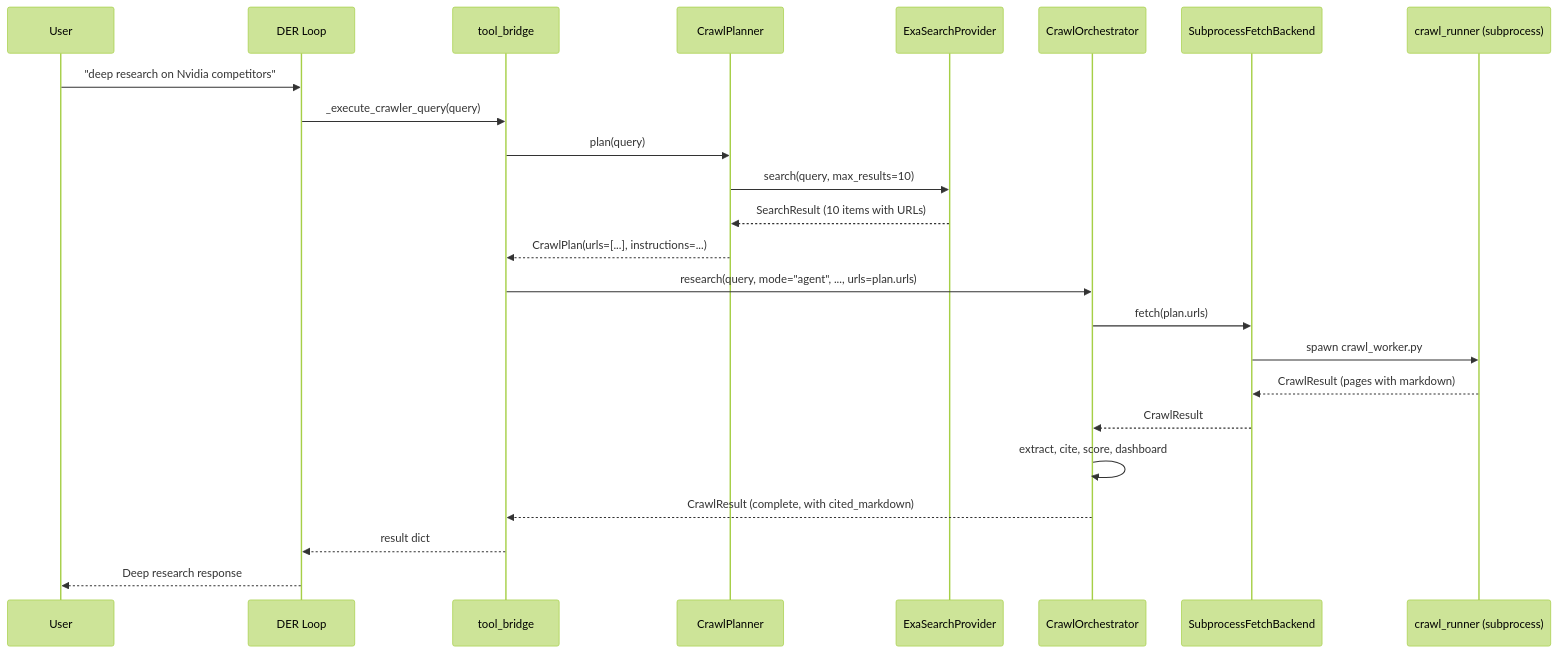
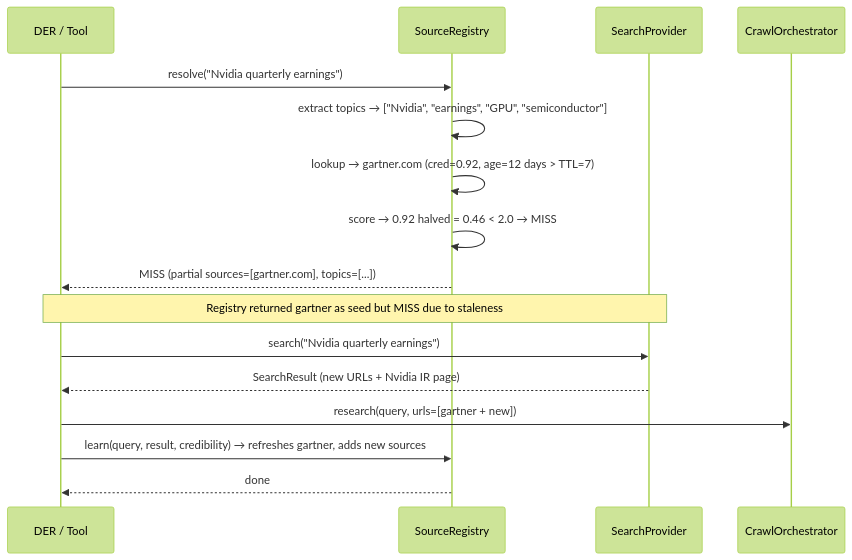
Before and after one commit to Midast0uch/IRISVOICE: the third of 3 diagrams in specs/exa-search-integration/design.md, drawn with Mermaid (forest theme). The commit also changed other lines of this file and 2 other files, not shown here.

First line of the commit message:
spec(exa): add SourceRegistry + memory integration + decision function

````diff
--- a/specs/exa-search-integration/design.md
+++ b/specs/exa-search-integration/design.md
@@ -145,27 +244,19 @@
 ```mermaid
 sequenceDiagram
-    participant U as User
-    participant DER as DER Loop
-    participant TB as tool_bridge
-    participant CP as CrawlPlanner
-    participant Exa as ExaSearchProvider
+    participant DER as DER / Tool
+    participant SR as SourceRegistry
+    participant Prov as SearchProvider
     participant OC as CrawlOrchestrator
-    participant SF as SubprocessFetchBackend
-    participant CR as crawl_runner (subprocess)
 
-    U->>DER: "deep research on Nvidia competitors"
-    DER->>TB: _execute_crawler_query(query)
-    TB->>CP: plan(query)
-    CP->>Exa: search(query, max_results=10)
-    Exa-->>CP: SearchResult (10 items with URLs)
-    CP-->>TB: CrawlPlan(urls=[...], instructions=...)
-    TB->>OC: research(query, mode="agent", ..., urls=plan.urls)
-    OC->>SF: fetch(plan.urls)
-    SF->>CR: spawn crawl_worker.py
-    CR-->>SF: CrawlResult (pages with markdown)
-    SF-->>OC: CrawlResult
-    OC->>OC: extract, cite, score, dashboard
-    OC-->>TB: CrawlResult (complete, with cited_markdown)
-    TB-->>DER: result dict
-    DER-->>U: Deep research response
+    DER->>SR: resolve("Nvidia quarterly earnings")
+    SR->>SR: extract topics → ["Nvidia", "earnings", "GPU", "semiconductor"]
+    SR->>SR: lookup → gartner.com (cred=0.92, age=12 days > TTL=7)
+    SR->>SR: score → 0.92 halved = 0.46 < 2.0 → MISS
+    SR-->>DER: MISS (partial sources=[gartner.com], topics=[...])
+    Note over DER,Prov: Registry returned gartner as seed but MISS due to staleness
+    DER->>Prov: search("Nvidia quarterly earnings")
+    Prov-->>DER: SearchResult (new URLs + Nvidia IR page)
+    DER->>OC: research(query, urls=[gartner + new])
+    DER->>SR: learn(query, result, credibility) → refreshes gartner, adds new sources
+    SR-->>DER: done
 ```
````
